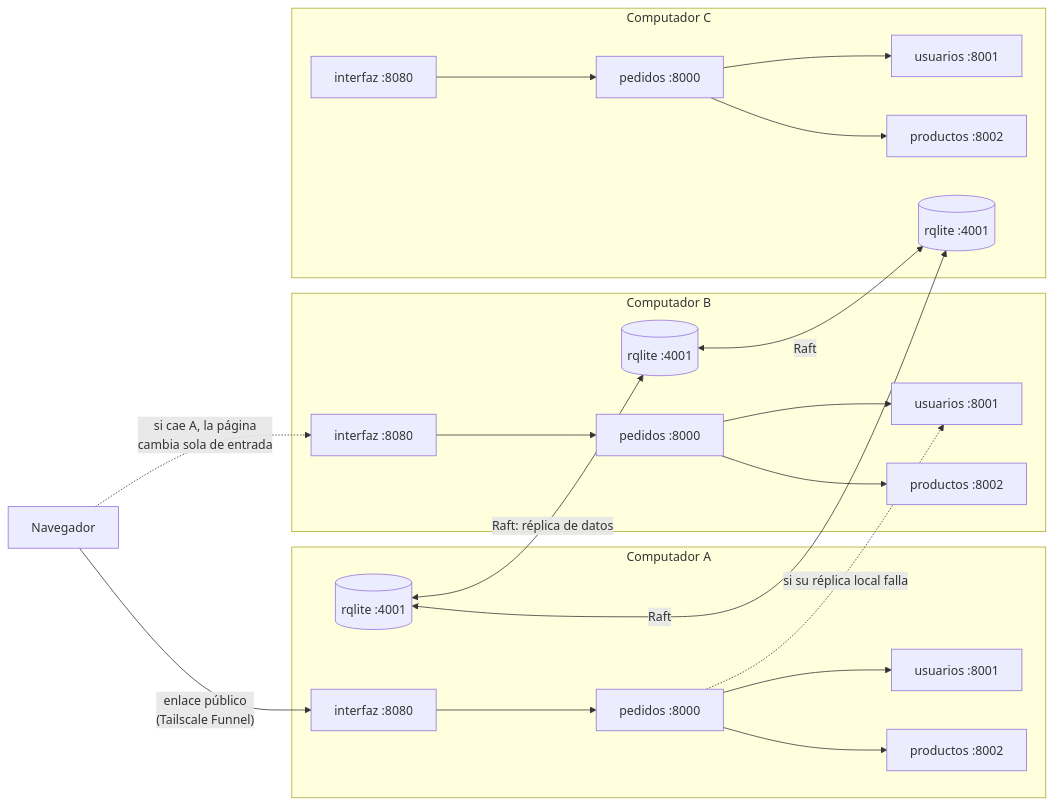
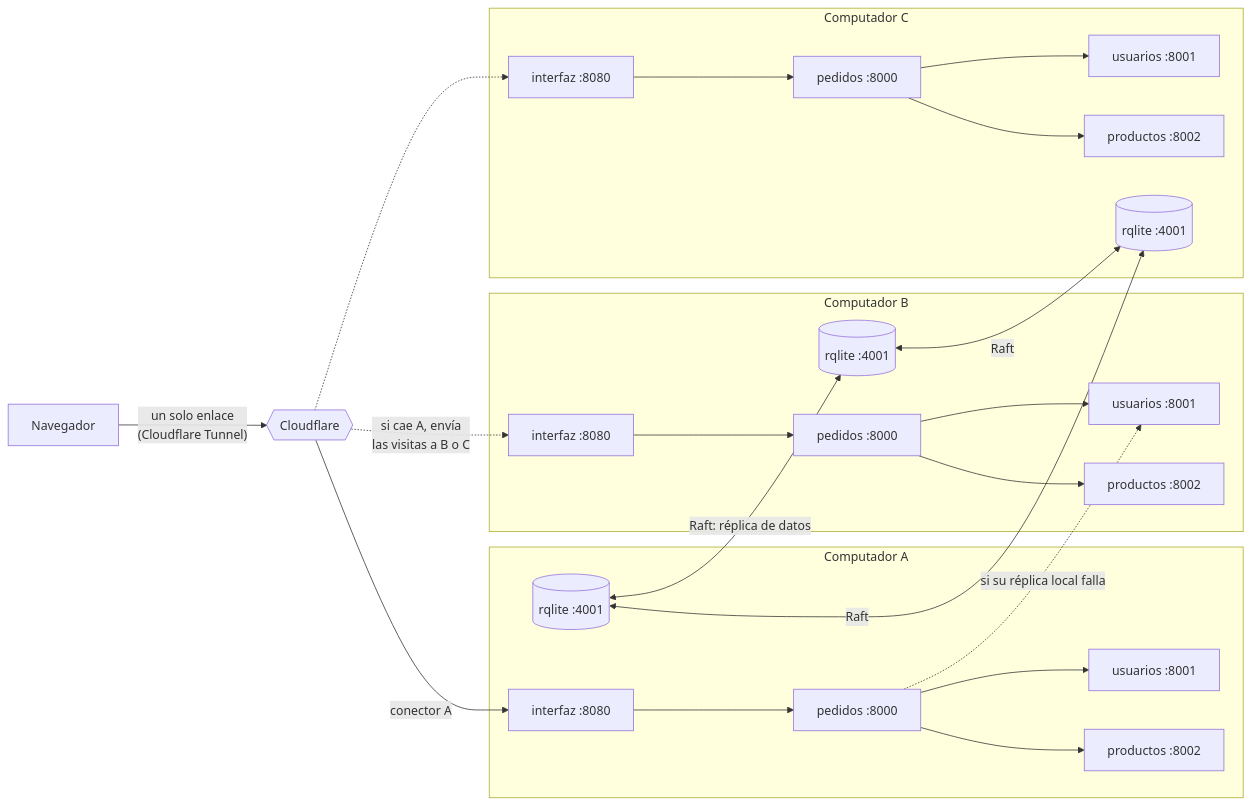
The diagram in README.md (Maycolb3/laboratorio-ventas), drawn with Mermaid before and after one commit. The commit also changed other lines of this file and 3 other files, not shown here.

First line of the commit message:
Un solo enlace público con Cloudflare Tunnel

````diff
--- a/README.md
+++ b/README.md
@@ -44,27 +44,29 @@
 ```mermaid
 flowchart LR
-    N["Navegador"] -- "enlace público<br/>(Tailscale Funnel)" --> IA
-    N -. "si cae A, la página<br/>cambia sola de entrada" .-> IB
+    N["Navegador"] -- "un solo enlace<br/>(Cloudflare Tunnel)" --> CF{{"Cloudflare"}}
+    CF -- "conector A" --> IA
+    CF -. "si cae A, envía<br/>las visitas a B o C" .-> IB
+    CF -.-> IC
     subgraph A["Computador A"]
         IA["interfaz :8080"] --> PA["pedidos :8000"]
         PA --> UA["usuarios :8001"]
         PA --> RA["productos :8002"]
         DA[("rqlite :4001")]
     end
     subgraph B["Computador B"]
         IB["interfaz :8080"] --> PB["pedidos :8000"]
         PB --> UB["usuarios :8001"]
         PB --> RB["productos :8002"]
         DB[("rqlite :4001")]
     end
     subgraph C["Computador C"]
         IC["interfaz :8080"] --> PC["pedidos :8000"]
         PC --> UC["usuarios :8001"]
         PC --> RC["productos :8002"]
         DC[("rqlite :4001")]
     end
     DA <-- "Raft: réplica de datos" --> DB
     DB <-- "Raft" --> DC
     DA <-- "Raft" --> DC
     PA -. "si su réplica local falla" .-> UB
 ```
````
